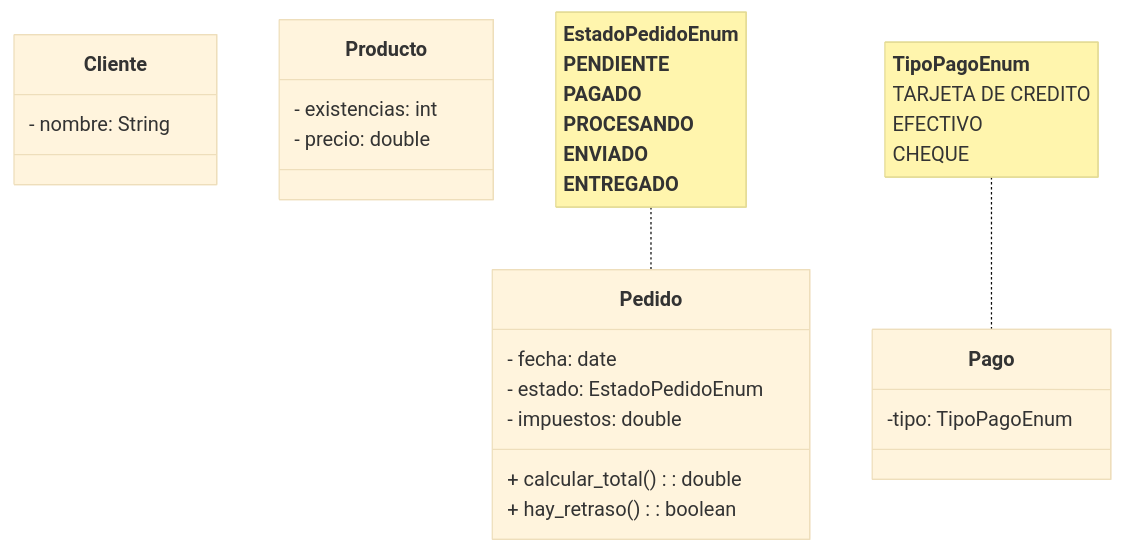
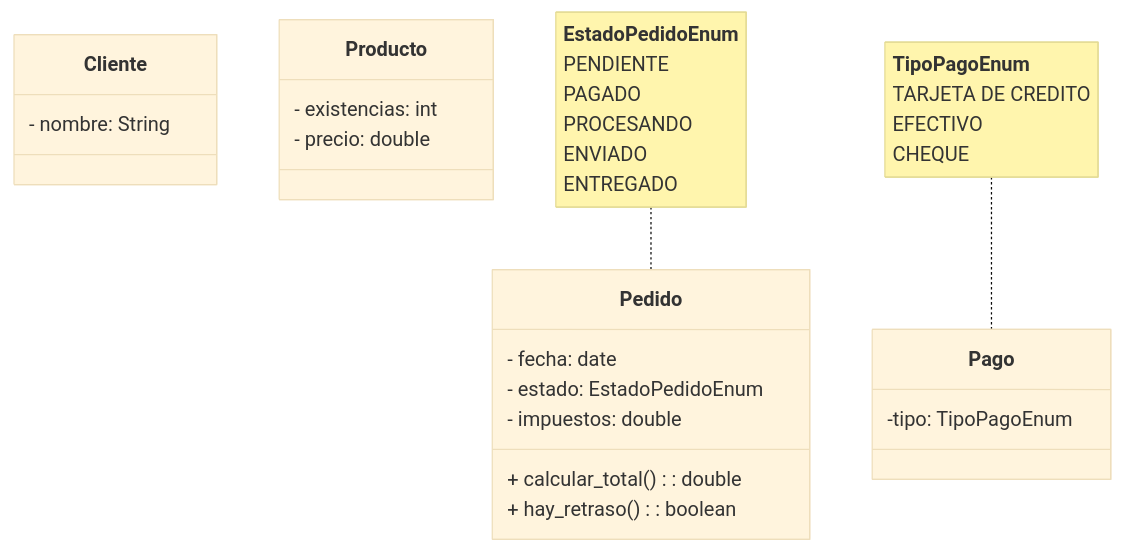
The diagram in gestion_pedidos.mmd (SirAivan/CD_Tema2_Ejercicios), drawn with Mermaid (base theme) before and after one commit. The commit also changed 2 other files, not shown here.

```diff
--- a/gestion_pedidos.mmd
+++ b/gestion_pedidos.mmd
@@ -1,24 +1,24 @@
 classDiagram
 
  class Cliente{
     - nombre: String
  }
 
-note for Pedido "<strong> EstadoPedidoEnum <strong> <br> PENDIENTE <br> PAGADO <br> PROCESANDO <br> ENVIADO <br> ENTREGADO"
+note for Pedido "<strong> EstadoPedidoEnum </strong> <br> PENDIENTE <br> PAGADO <br> PROCESANDO <br> ENVIADO <br> ENTREGADO"
  class Pedido{
     - fecha: date
     - estado: EstadoPedidoEnum
     - impuestos: double
     + calcular_total (): double
     + hay_retraso (): boolean
  }
 
  class Producto{
     - existencias: int
     - precio: double
  }
 
 note for Pago "<strong> TipoPagoEnum </strong> <br> TARJETA DE CREDITO <br> EFECTIVO <br> CHEQUE"
  class Pago{
     -tipo: TipoPagoEnum
  }
```
